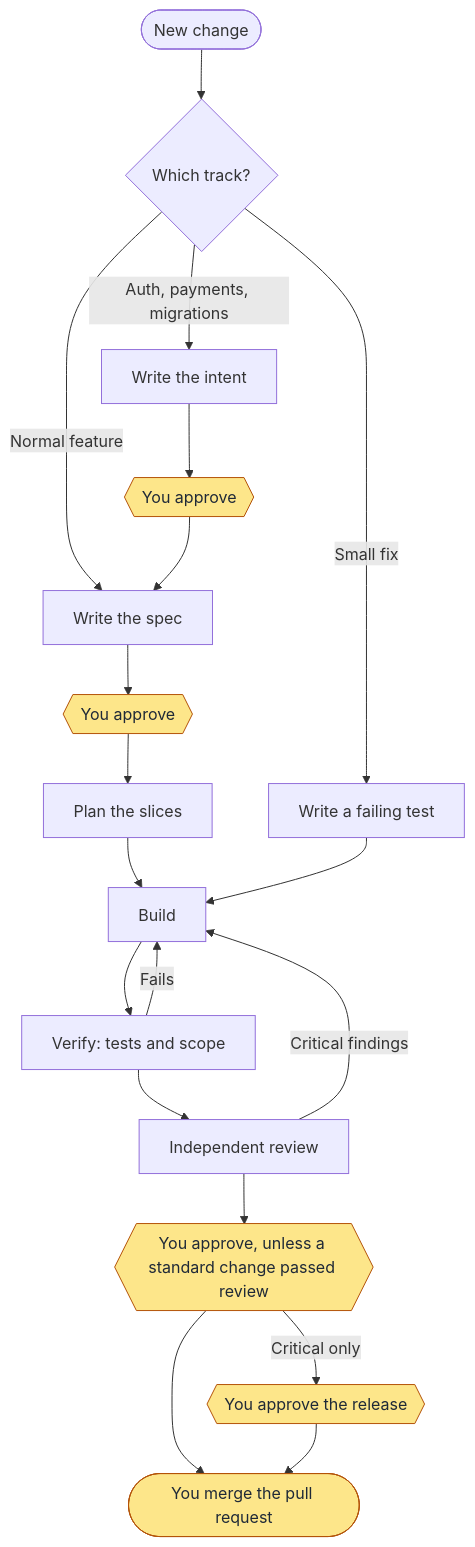
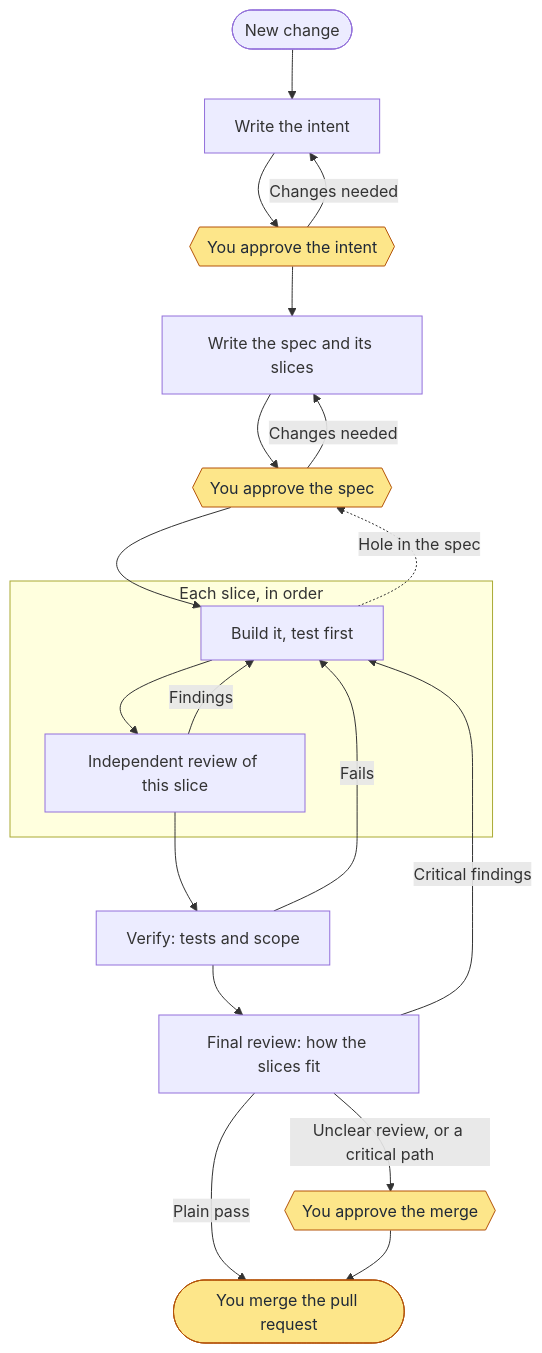
One commit to shortlst-ai/ai-sdlc changed the first of 3 diagrams in README.md. Above: the diagram before and after it, drawn with Mermaid. The commit also changed other lines of this file and 32 other files, not shown here.

````diff
--- a/README.md
+++ b/README.md
@@ -15,27 +15,28 @@
 ```mermaid
 flowchart TD
-    start([New change]) --> track{Which track?}
+    start([New change]) --> intent[Write the intent]
+    intent --> gateIntent{{You approve the intent}}
+    gateIntent -->|Changes needed| intent
+    gateIntent --> spec[Write the spec and its slices]
+    spec --> gateSpec{{You approve the spec}}
+    gateSpec -->|Changes needed| spec
 
-    track -->|Small fix| reproduce[Write a failing test]
-    track -->|Normal feature| spec[Write the spec]
-    track -->|Auth, payments, migrations| intent[Write the intent]
+    gateSpec --> build
 
-    intent --> gateIntent{{You approve}}
-    gateIntent --> spec
-    spec --> gateSpec{{You approve}}
-    gateSpec --> plan[Plan the slices]
-    plan --> build
-    reproduce --> build[Build]
+    subgraph slices [Each slice, in order]
+        build[Build it, test first] --> sliceReview[Independent review of this slice]
+        sliceReview -->|Findings| build
+    end
 
-    build --> verify[Verify: tests and scope]
+    sliceReview --> verify[Verify: tests and scope]
+    verify --> final[Final review: how the slices fit]
     verify -->|Fails| build
-    verify --> review[Independent review]
-    review -->|Critical findings| build
-    review --> gateMerge{{You approve, unless a standard change passed review}}
-    gateMerge --> done([You merge the pull request])
-    gateMerge -->|Critical only| gateRelease{{You approve the release}}
-    gateRelease --> done
+    final -->|Critical findings| build
+    final -->|Plain pass| done([You merge the pull request])
+    final -->|Unclear review, or a critical path| gateMerge{{You approve the merge}}
+    gateMerge --> done
+    build -.->|Hole in the spec| gateSpec
 
     classDef you fill:#fde68a,stroke:#b45309,color:#1f2937
-    class gateIntent,gateSpec,gateMerge,gateRelease,done you
+    class gateIntent,gateSpec,gateMerge,done you
 ```
````
